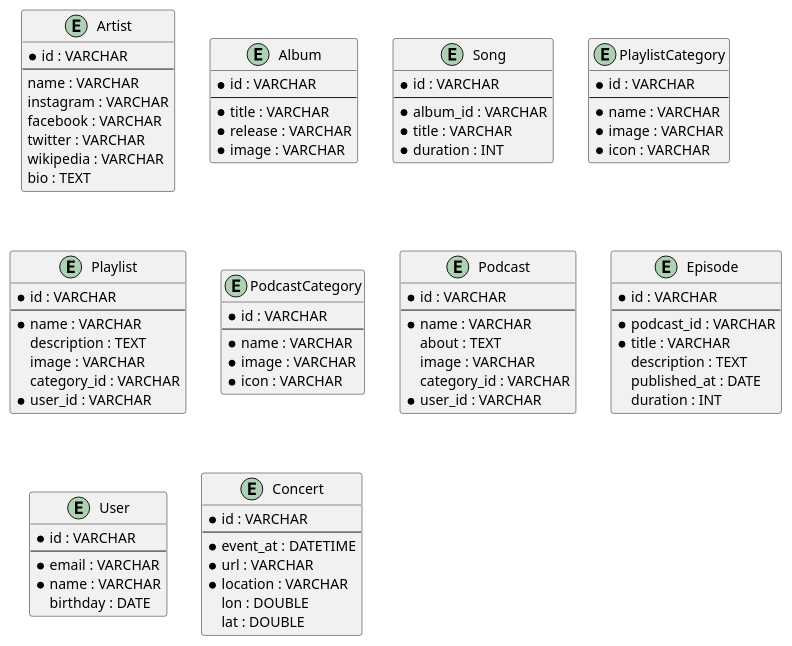
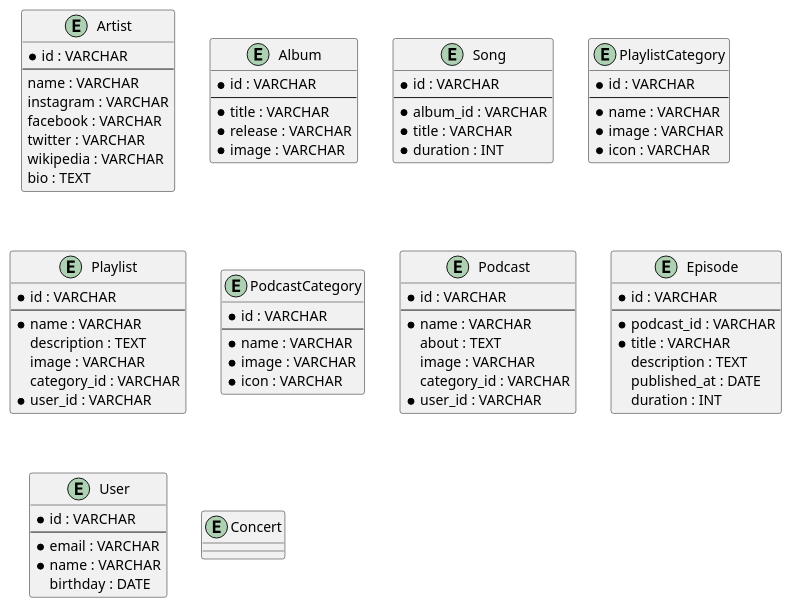
Before and after one commit to muhammad-huzaifah/database_design: the diagram in atribut_user.puml, drawn with PlantUML.

Commit message:
add atribut user

```diff
--- a/atribut_user.puml
+++ b/atribut_user.puml
@@ -1,93 +1,87 @@
 @startuml
 entity Artist{
     * id : VARCHAR
     --
     name : VARCHAR
     instagram : VARCHAR
     facebook : VARCHAR
     twitter : VARCHAR
     wikipedia : VARCHAR
     bio : TEXT
 }
 
 entity Album{
     * id : VARCHAR
     --
     * title : VARCHAR
     * release : VARCHAR
     * image : VARCHAR
 }
 
 entity Song{
     * id : VARCHAR
     --
     * album_id : VARCHAR
     * title : VARCHAR
     * duration : INT
 }
 
 entity PlaylistCategory{
     * id : VARCHAR
     --
     * name : VARCHAR
     * image : VARCHAR
     * icon : VARCHAR
 }
 
 entity Playlist{
     * id : VARCHAR
     --
     * name : VARCHAR
     description : TEXT
     image : VARCHAR
     category_id : VARCHAR
     *user_id : VARCHAR
 }
 
 entity PodcastCategory{
     * id : VARCHAR
     --
     * name : VARCHAR
     * image : VARCHAR
     * icon : VARCHAR
 }
 
 entity Podcast{
     * id : VARCHAR
     --
     * name : VARCHAR
     about : TEXT
     image : VARCHAR
     category_id : VARCHAR
     * user_id : VARCHAR
 }
 
 entity Episode{
     * id : VARCHAR
     --
     * podcast_id : VARCHAR
     * title : VARCHAR
     description : TEXT
     published_at : DATE
     duration : INT
 }
 
 entity User{
     * id : VARCHAR
     --
     * email : VARCHAR
     * name : VARCHAR
     birthday : DATE
 }
 
 entity Concert{
-    * id : VARCHAR
-    --
-    * event_at : DATETIME
-    * url : VARCHAR
-    * location : VARCHAR
-    lon : DOUBLE
-    lat : DOUBLE
+
 }
 
 @enduml
```
